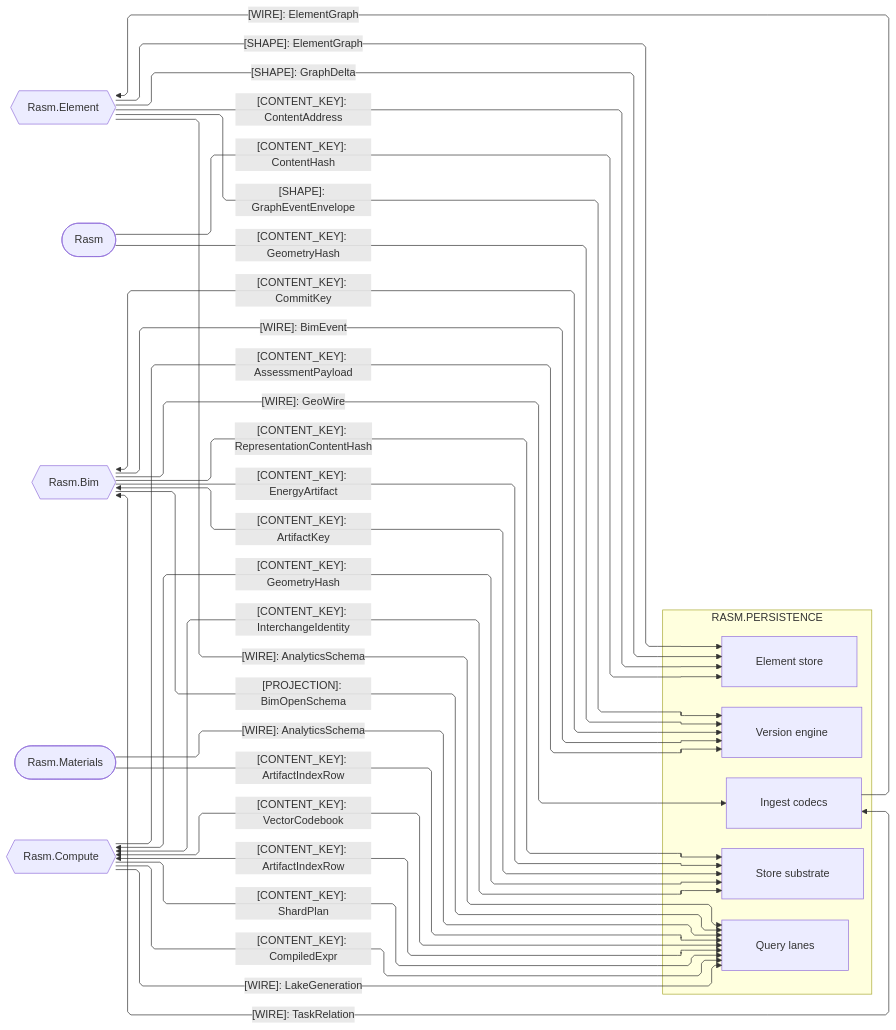
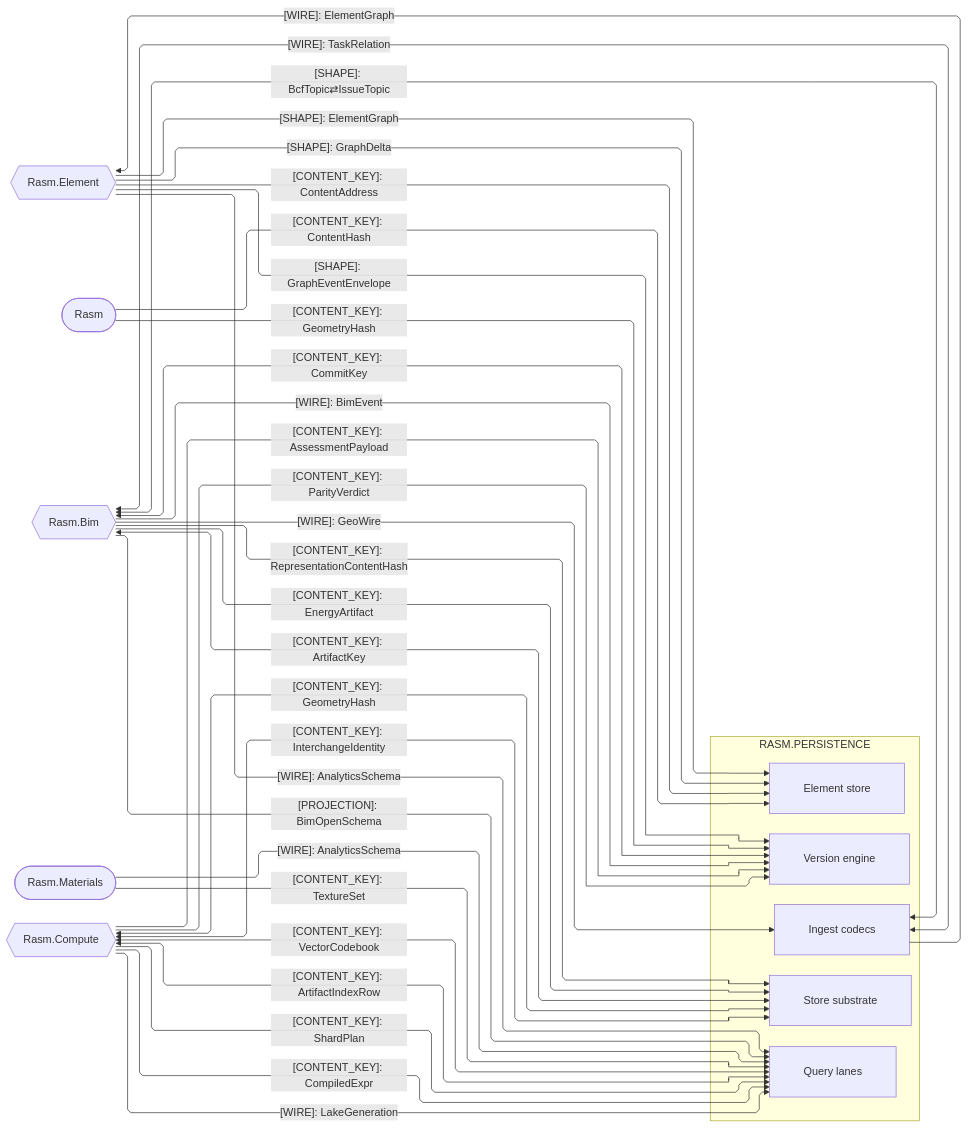
The second of 4 diagrams in libs/csharp/Rasm.Persistence/ARCHITECTURE.md (bsamiee/Rasm), drawn with Mermaid before and after one commit. The commit also changed other lines of this file and 747 other files, not shown here.

````diff
--- a/libs/csharp/Rasm.Persistence/ARCHITECTURE.md
+++ b/libs/csharp/Rasm.Persistence/ARCHITECTURE.md
@@ -98,50 +98,52 @@
 ```mermaid
 ---
 config:
   layout: elk
   flowchart:
     curve: linear
     padding: 25
 ---
 flowchart LR
     accTitle: Persistence domain and kernel content seams
     accDescr: Persistence sub-domain owners exchanging shapes, content keys, wires, and projections with the kernel and every AEC peer.
     subgraph persistence[RASM.PERSISTENCE]
         Element[Element store]
         Version[Version engine]
         Query[Query lanes]
         Ingest[Ingest codecs]
         Store[Store substrate]
     end
     RasmElement{{Rasm.Element}}
     Rasm([Rasm])
     Bim{{Rasm.Bim}}
     Materials([Rasm.Materials])
     Compute{{Rasm.Compute}}
     RasmElement e1@-->|"[SHAPE]: ElementGraph"| Element
     RasmElement e12@-->|"[SHAPE]: GraphDelta"| Element
     RasmElement e13@-->|"[CONTENT_KEY]: ContentAddress"| Element
     RasmElement e25@-->|"[SHAPE]: GraphEventEnvelope"| Version
     Ingest e2@-->|"[WIRE]: ElementGraph"| RasmElement
     Rasm e3@-->|"[CONTENT_KEY]: ContentHash"| Element
     Rasm e4@-->|"[CONTENT_KEY]: GeometryHash"| Version
     Bim e5@-->|"[PROJECTION]: BimOpenSchema"| Query
     Bim e6@-->|"[CONTENT_KEY]: RepresentationContentHash"| Store
     Bim e15@-->|"[CONTENT_KEY]: EnergyArtifact"| Store
     Bim e16@<-->|"[CONTENT_KEY]: ArtifactKey"| Store
     Bim e17@<-->|"[CONTENT_KEY]: CommitKey"| Version
     Bim e18@-->|"[WIRE]: BimEvent"| Version
     Ingest e7@<-->|"[WIRE]: TaskRelation"| Bim
     Bim e14@-->|"[WIRE]: GeoWire"| Ingest
+    Ingest e30@<-->|"[SHAPE]: BcfTopic⇄IssueTopic"| Bim
     RasmElement e27@-->|"[WIRE]: AnalyticsSchema"| Query
     Materials e19@-->|"[WIRE]: AnalyticsSchema"| Query
-    Materials e28@-->|"[CONTENT_KEY]: ArtifactIndexRow"| Query
+    Materials e28@-->|"[CONTENT_KEY]: TextureSet"| Query
     Compute e8@-->|"[CONTENT_KEY]: AssessmentPayload"| Version
+    Compute e29@-->|"[CONTENT_KEY]: ParityVerdict"| Version
     Compute e9@<-->|"[CONTENT_KEY]: VectorCodebook"| Query
     Compute e10@<-->|"[CONTENT_KEY]: ArtifactIndexRow"| Query
     Compute e20@-->|"[CONTENT_KEY]: ShardPlan"| Query
     Compute e21@-->|"[CONTENT_KEY]: CompiledExpr"| Query
     Compute e11@<-->|"[CONTENT_KEY]: GeometryHash"| Store
     Compute e22@<-->|"[CONTENT_KEY]: InterchangeIdentity"| Store
     Compute e26@-->|"[WIRE]: LakeGeneration"| Query
 ```
````
